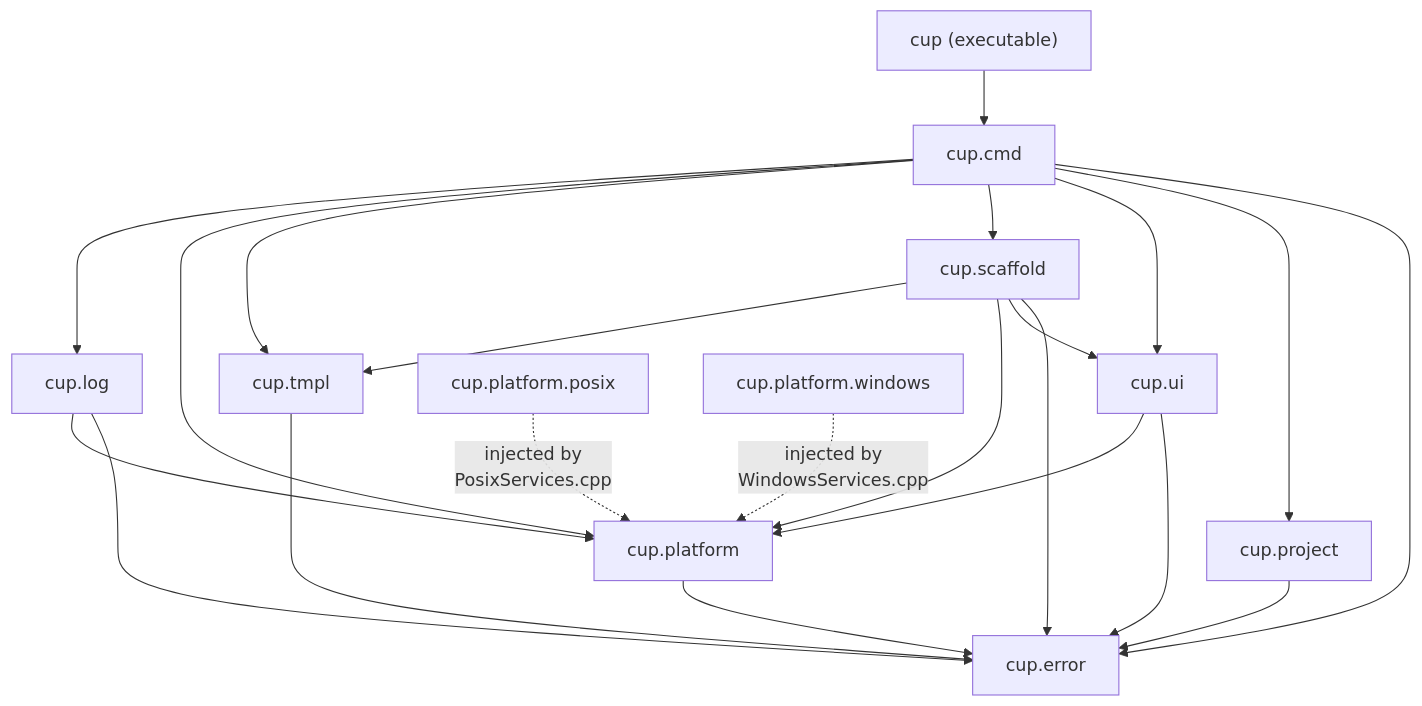
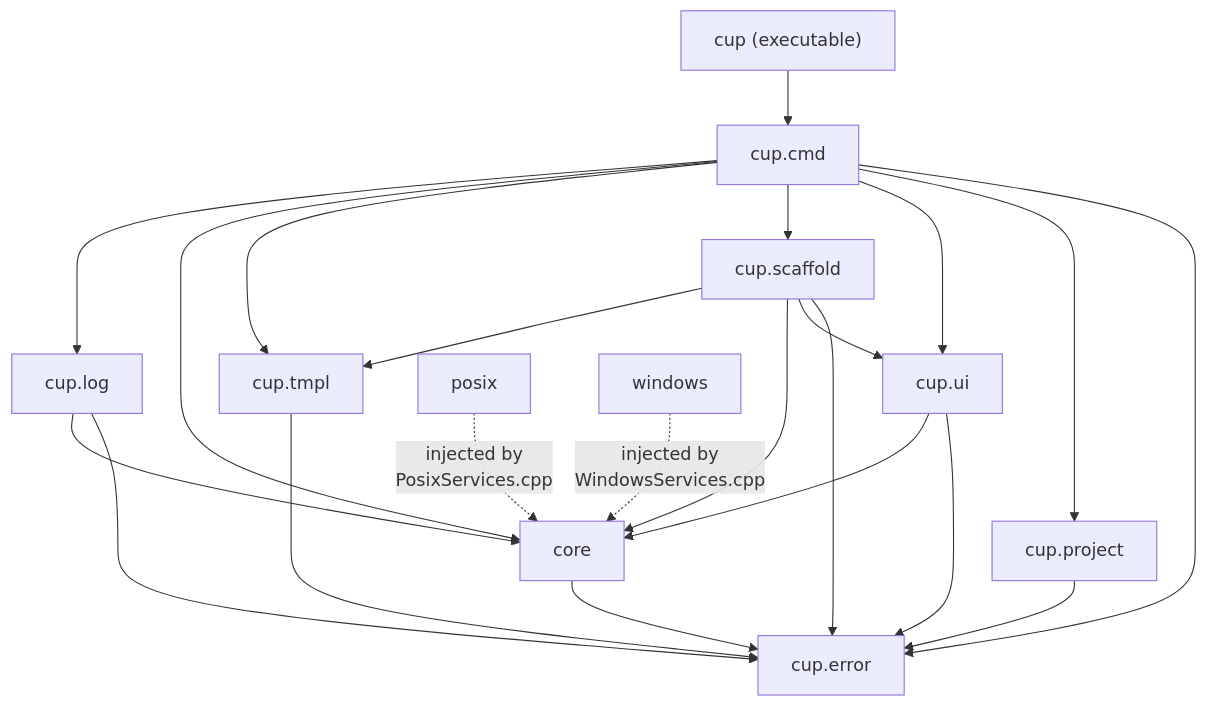
The first of 2 diagrams in README.md (DrHurel/cup), drawn with Mermaid before and after one commit. The commit also changed other lines of this file and 65 other files, not shown here.

First line of the commit message:
refactor(platform): split into src/libs/core, src/libs/posix and src/libs/windows

````diff
--- a/README.md
+++ b/README.md
@@ -295,27 +295,27 @@
 ```mermaid
 graph TD
     main["cup (executable)"] --> cmd[cup.cmd]
     cmd --> error[cup.error]
     cmd --> project[cup.project]
     cmd --> ui[cup.ui]
     cmd --> scaffold[cup.scaffold]
     cmd --> tmpl[cup.tmpl]
-    cmd --> platform[cup.platform]
+    cmd --> platform[core]
     cmd --> log[cup.log]
 
     scaffold --> error
     scaffold --> ui
     scaffold --> platform
     scaffold --> tmpl
 
     ui --> error
     ui --> platform
 
     log --> error
     log --> platform
     platform --> error
-    posix["cup.platform.posix"] -. "injected by<br/>PosixServices.cpp" .-> platform
-    windows["cup.platform.windows"] -. "injected by<br/>WindowsServices.cpp" .-> platform
+    posix["posix"] -. "injected by<br/>PosixServices.cpp" .-> platform
+    windows["windows"] -. "injected by<br/>WindowsServices.cpp" .-> platform
     project --> error
     tmpl --> error
 ```
````
